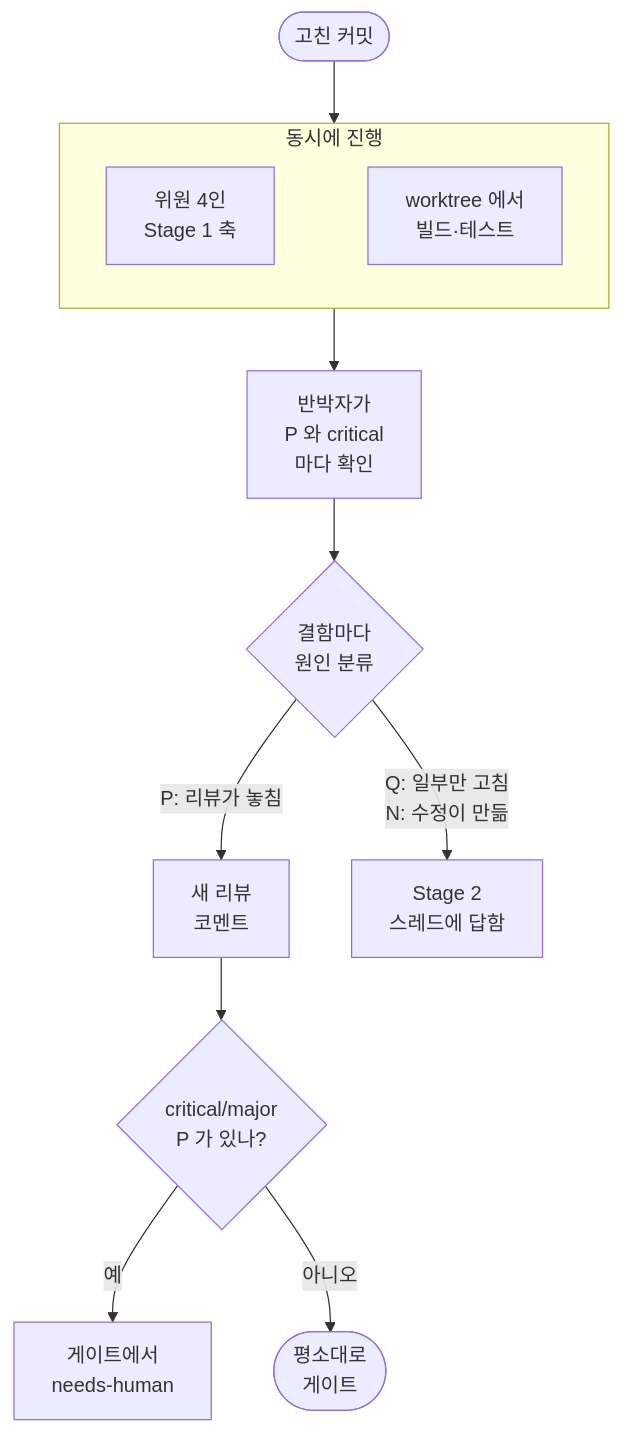
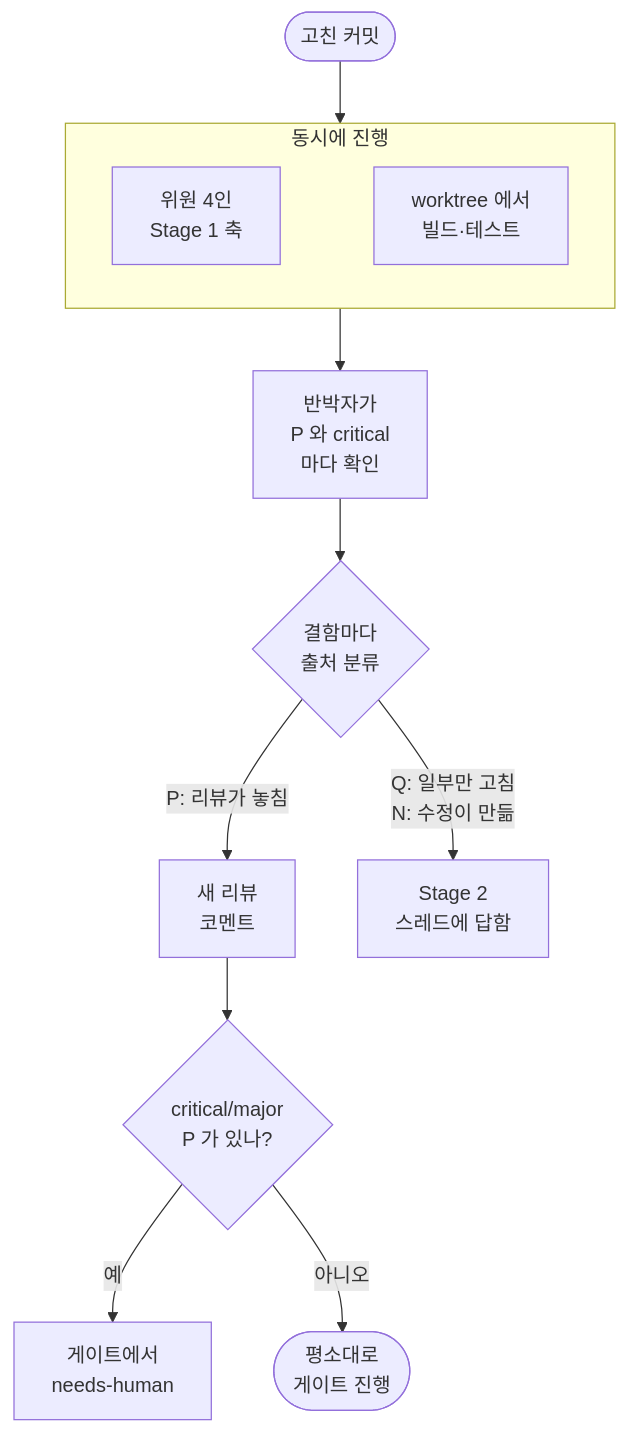
The fifth of 6 diagrams in README.ko.md (thswlsqls/pr-quorum), drawn with Mermaid before and after one commit. The commit also changed other lines of this file, not shown here.

Commit message:
docs : [docs/readme-diagrams] Say origin rather than cause in the Korean Stage 3 diagram

````diff
--- a/README.ko.md
+++ b/README.ko.md
@@ -101,15 +101,15 @@
 ```mermaid
 flowchart TD
   IN(["고친 커밋"]) --> S
   subgraph S["동시에 진행"]
     direction LR
     J["위원 4인<br/>Stage 1 축"] ~~~ M["worktree 에서<br/>빌드·테스트"]
   end
   S --> C["반박자가<br/>P 와 critical<br/>마다 확인"]
-  C --> O{"결함마다<br/>원인 분류"}
+  C --> O{"결함마다<br/>출처 분류"}
   O -- "P: 리뷰가 놓침" --> NP["새 리뷰<br/>코멘트"]
   O -- "Q: 일부만 고침<br/>N: 수정이 만듦" --> T["Stage 2<br/>스레드에 답함"]
   NP --> G{"critical/major<br/>P 가 있나?"}
   G -- "예" --> H["게이트에서<br/>needs-human"]
-  G -- "아니오" --> OK(["평소대로<br/>게이트"])
+  G -- "아니오" --> OK(["평소대로<br/>게이트 진행"])
 ```
````
